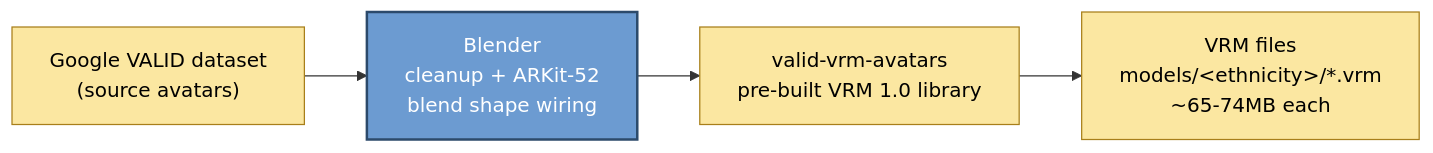
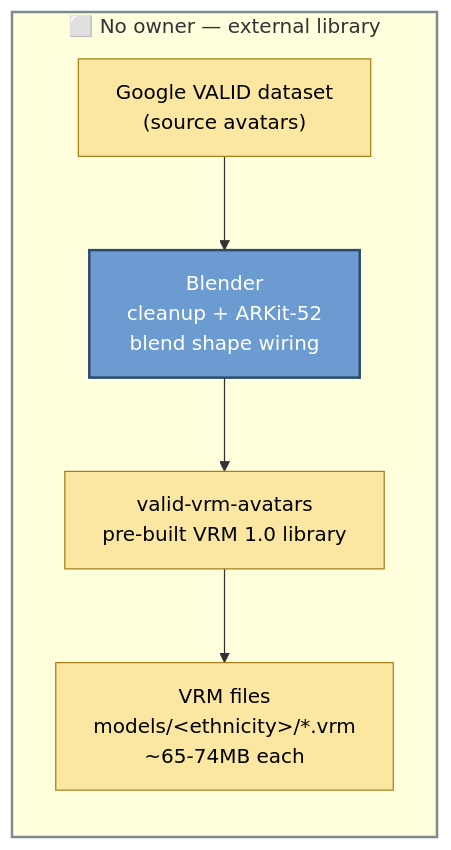
One commit to SBU-VRET/VRET-Project changed the second of 8 diagrams in docs/TECH_PIPELINE.md. Above: the diagram before and after it, drawn with Mermaid. The commit also changed other lines of this file and 2 other files, not shown here.

Commit message:
Add ownership coloring to tech pipeline diagrams, ignore temp/, add Audio2Face vs LAM Audio2Expression doc

````diff
--- a/docs/TECH_PIPELINE.md
+++ b/docs/TECH_PIPELINE.md
@@ -40,11 +81,14 @@
 ```mermaid
 flowchart LR
+    subgraph S1["⬜ No owner — external library"]
     VALID["Google VALID dataset<br/>(source avatars)"] --> Blender["Blender<br/>cleanup + ARKit-52<br/>blend shape wiring"]
     Blender --> Library["valid-vrm-avatars<br/>pre-built VRM 1.0 library"]
     Library --> VRM["VRM files<br/>models/&lt;ethnicity&gt;/*.vrm<br/>~65-74MB each"]
+    end
 
+    style S1 stroke:#7F8C8D,stroke-width:2px
     classDef tool fill:#6c9bd1,stroke:#2c4a6b,stroke-width:2px,color:#fff;
     classDef artifact fill:#fbe7a1,stroke:#a87f1a,stroke-width:1px,color:#000;
     class Blender tool
     class VALID,Library,VRM artifact
 ```
````
